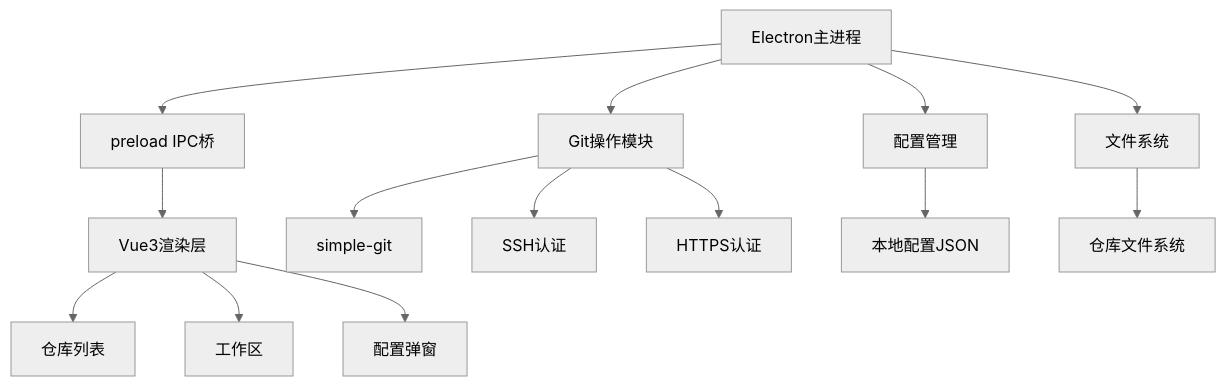
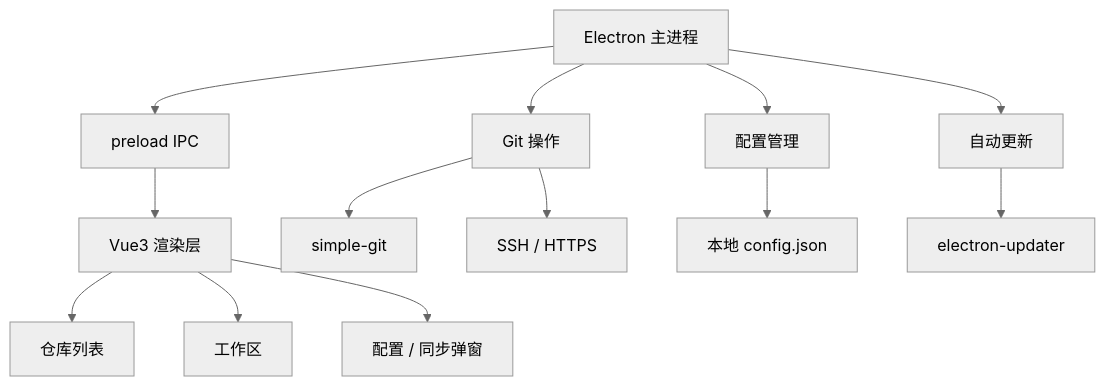
One commit to sunflowermm/git-repository-manager changed the diagram in README.md. Above: the diagram before and after it, drawn with Mermaid (neutral theme). The commit also changed other lines of this file and 6 other files, not shown here.

Commit message:
完善 README：收录 v1.2.6 界面截图并补充功能说明

````diff
--- a/README.md
+++ b/README.md
@@ -18,19 +49,17 @@
 ```mermaid
 graph TB
-    A[Electron主进程] --> P[preload IPC桥]
-    P --> B[Vue3渲染层]
-    A --> C[Git操作模块]
+    A[Electron 主进程] --> P[preload IPC]
+    P --> B[Vue3 渲染层]
+    A --> C[Git 操作]
     A --> D[配置管理]
-    A --> E[文件系统]
-    
+    A --> E[自动更新]
+
     B --> F[仓库列表]
     B --> G[工作区]
-    B --> H[配置弹窗]
-    
+    B --> H[配置 / 同步弹窗]
+
     C --> I[simple-git]
-    C --> J[SSH认证]
-    C --> K[HTTPS认证]
-    
-    D --> L[本地配置JSON]
-    E --> M[仓库文件系统]
+    C --> J[SSH / HTTPS]
+    D --> L[本地 config.json]
+    E --> U[electron-updater]
 ```
````
